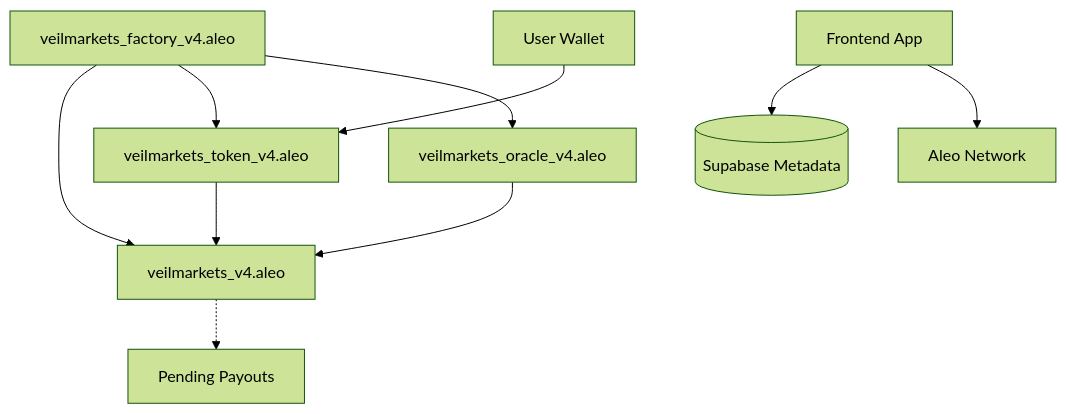
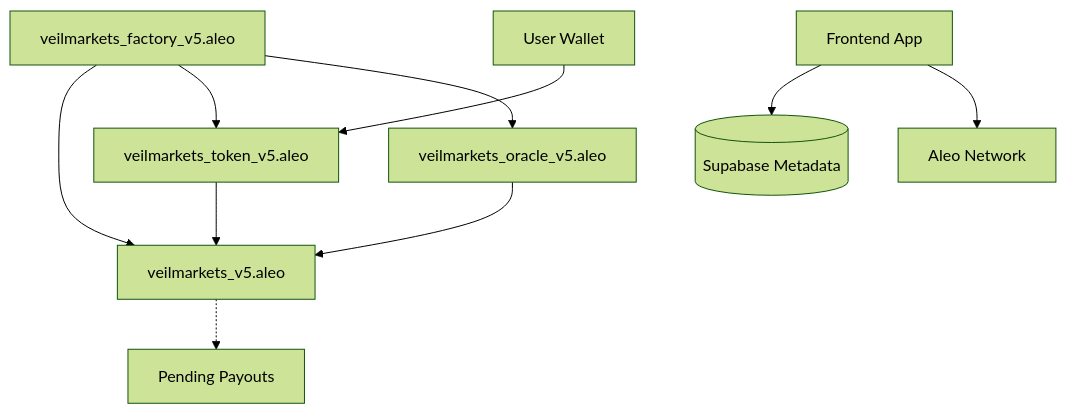
Before and after one commit to Psalmuel01/VeilMarkets: the diagram in README.md, drawn with Mermaid (forest theme). The commit also changed other lines of this file and 5 other files, not shown here.

````diff
--- a/README.md
+++ b/README.md
@@ -101,14 +98,14 @@
 ```mermaid
 graph TD
-    Factory[veilmarkets_factory_v4.aleo] --> Core[veilmarkets_v4.aleo]
-    Factory --> Token[veilmarkets_token_v4.aleo]
-    Factory --> Oracle[veilmarkets_oracle_v4.aleo]
+    Factory[veilmarkets_factory_v5.aleo] --> Core[veilmarkets_v5.aleo]
+    Factory --> Token[veilmarkets_token_v5.aleo]
+    Factory --> Oracle[veilmarkets_oracle_v5.aleo]
     
     User[User Wallet] --> Token
     Token --> Core
     Core -.-> Pending[Pending Payouts]
     Oracle --> Core
     
     Frontend[Frontend App] --> Supabase[(Supabase Metadata)]
     Frontend --> Aleo[Aleo Network]
 ```
````
